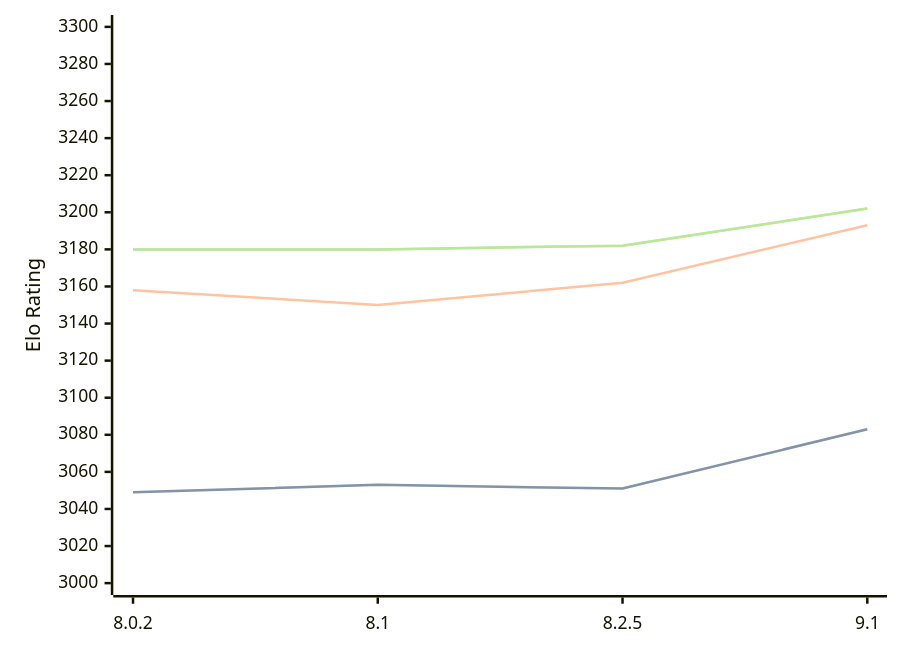
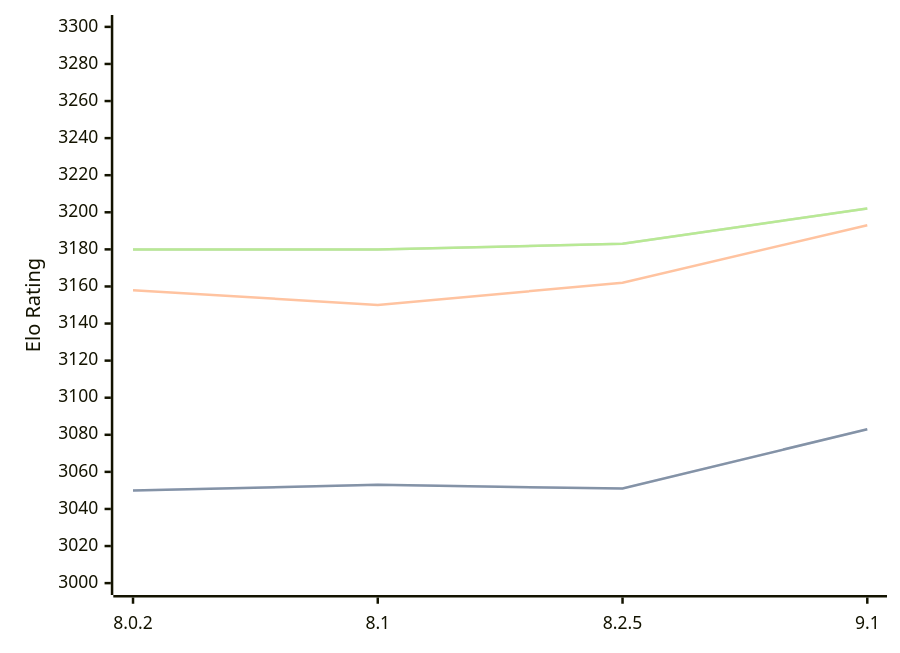
One commit to computer-chess-index/cci changed the diagram in engines/Clover.md. Above: the diagram before and after it, drawn with Mermaid. The commit also changed other lines of this file, not shown here.

Commit message:
Update CCI Ratings (ELO VLTC) - 2026-02-24

````diff
--- a/engines/Clover.md
+++ b/engines/Clover.md
@@ -61,11 +61,11 @@
 ```mermaid
 %%{init: {"theme":"base","themeVariables":{"seriesColors:['#a3a3a3','#222221','#faa371']}}}%%
 xychart-beta
   x-axis ["8.0.2", "8.1", "8.2.5", "9.1"]
   y-axis "Elo Rating" 3000 --> 3300
-  line "STC (8.0+0.08s)" [3049, 3053, 3051, 3083]
-  line "STC (8.0+0.08s)" [3049, 3053, 3051, 3083]
+  line "STC (8.0+0.08s)" [3050, 3053, 3051, 3083]
+  line "STC (8.0+0.08s)" [3050, 3053, 3051, 3083]
   line "LTC (60.0+0.60s)" [3158, 3150, 3162, 3193]
-  line "VLTC (2m24s+1.12s)" [3180, 3180, 3182, 3202]
-  line "VLTC (2m24s+1.12s)" [3180, 3180, 3182, 3202]
+  line "VLTC (2m24s+1.12s)" [3180, 3180, 3183, 3202]
+  line "VLTC (2m24s+1.12s)" [3180, 3180, 3183, 3202]
 ```
````
